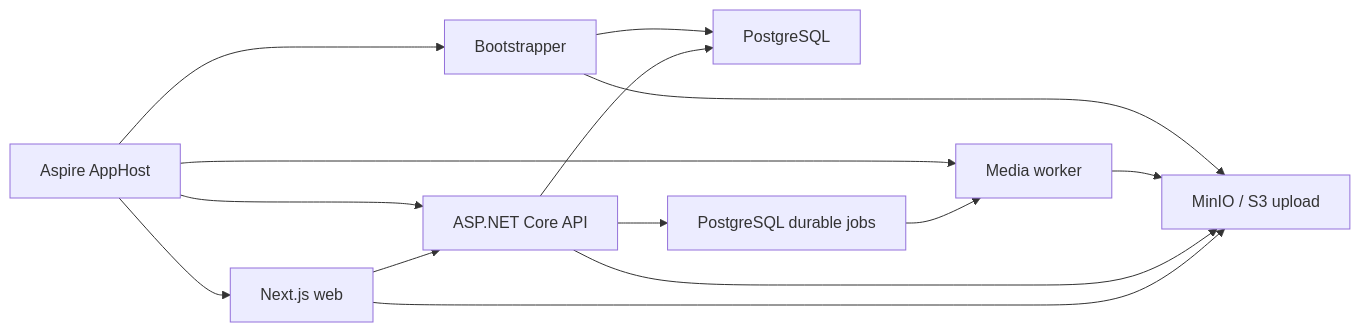
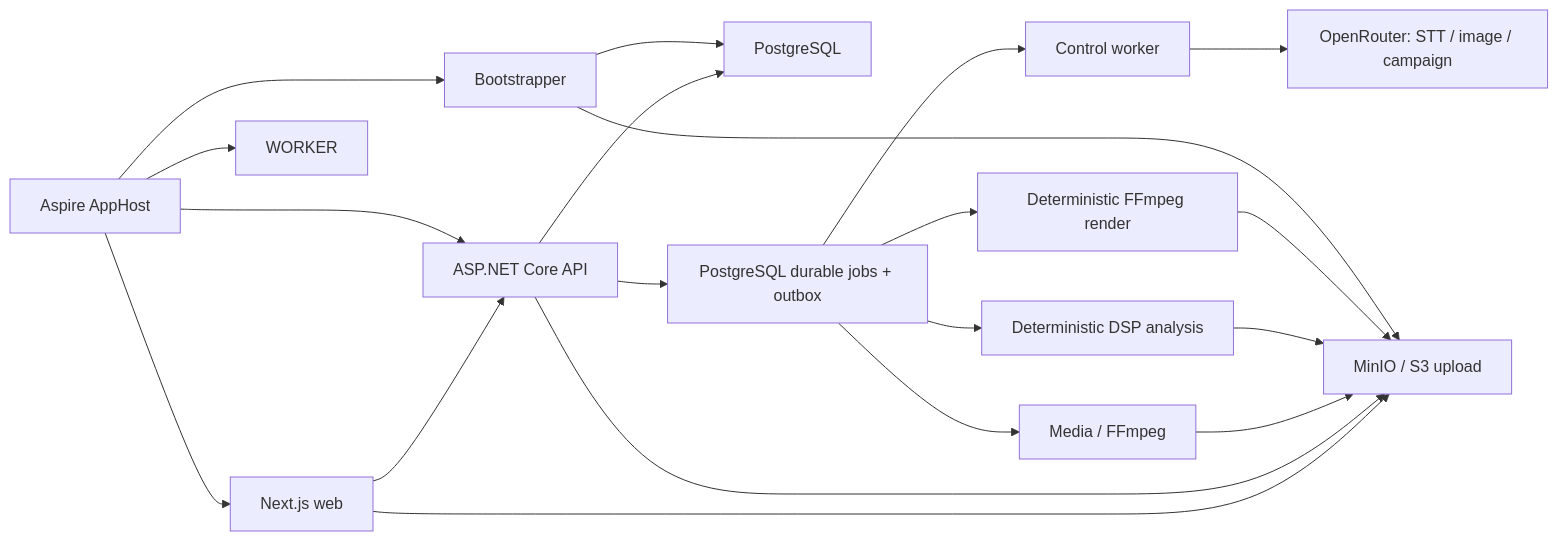
Before and after one commit to Tassadar2499/Hook2Stream: the diagram in src/README.md, drawn with Mermaid. The commit also changed other lines of this file and 131 other files, not shown here.

````diff
--- a/src/README.md
+++ b/src/README.md
@@ -7,16 +7,22 @@
 ```mermaid
 flowchart LR
     WEB["Next.js web"] --> API["ASP.NET Core API"]
     API --> DB["PostgreSQL"]
     WEB --> S3["MinIO / S3 upload"]
     API --> S3
-    API --> JOBS["PostgreSQL durable jobs"]
-    JOBS --> WORKER["Media worker"]
-    WORKER --> S3
+    API --> JOBS["PostgreSQL durable jobs + outbox"]
+    JOBS --> CONTROL["Control worker"]
+    JOBS --> MEDIA["Media / FFmpeg"]
+    JOBS --> ANALYSIS["Deterministic DSP analysis"]
+    JOBS --> RENDER["Deterministic FFmpeg render"]
+    CONTROL --> AI["OpenRouter: STT / image / campaign"]
+    MEDIA --> S3
+    ANALYSIS --> S3
+    RENDER --> S3
     BOOT["Bootstrapper"] --> DB
     BOOT --> S3
     ASPIRE["Aspire AppHost"] --> WEB
     ASPIRE --> API
     ASPIRE --> WORKER
     ASPIRE --> BOOT
 ```
````
